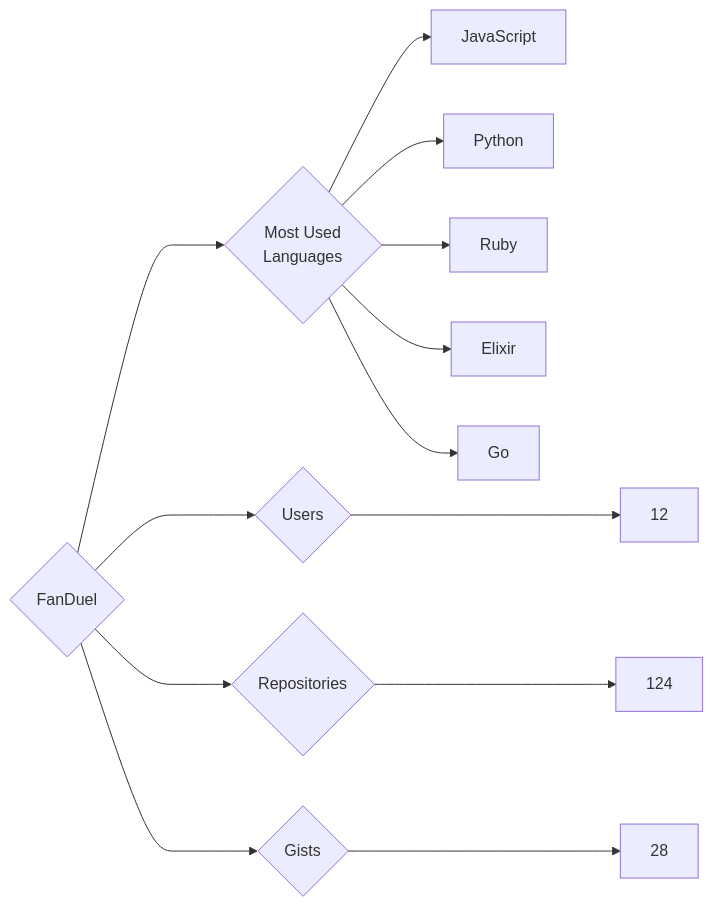
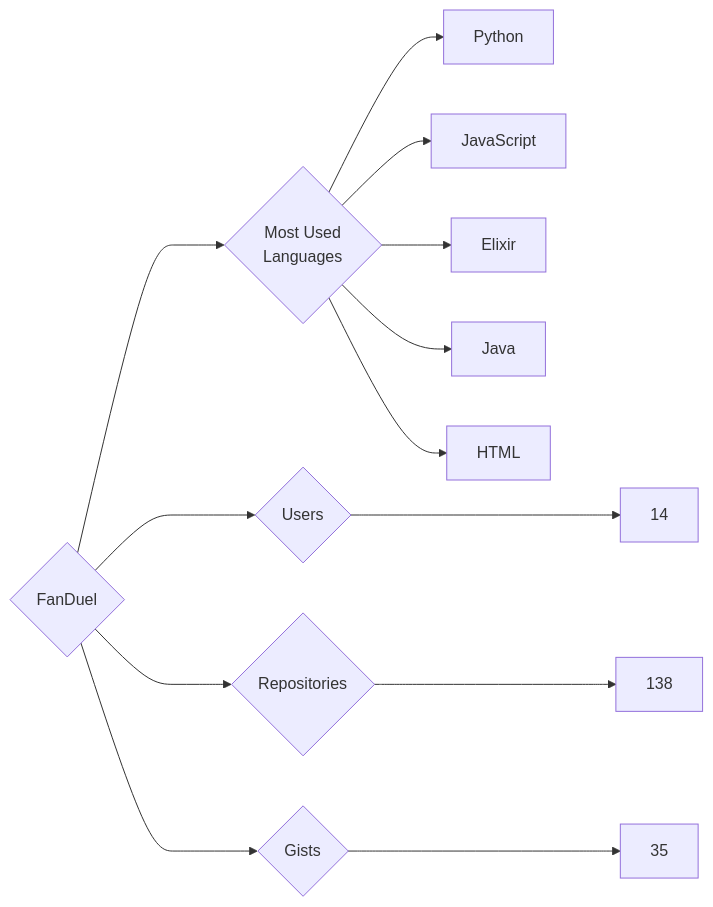
One commit to trickest/insiders changed the diagram in targets/FanDuel/README.md. Above: the diagram before and after it, drawn with Mermaid. The commit also changed 1030 other files, not shown here.

````diff
--- a/targets/FanDuel/README.md
+++ b/targets/FanDuel/README.md
@@ -3,13 +3,13 @@
 ```mermaid
 graph LR
 COMPANY_NAME{FanDuel}
-COMPANY_NAME ---> U{Users} ---> UN[12]
-COMPANY_NAME ---> R{Repositories} ---> RN[124]
-COMPANY_NAME ---> G{Gists} ---> GN[28]
+COMPANY_NAME ---> U{Users} ---> UN[14]
+COMPANY_NAME ---> R{Repositories} ---> RN[138]
+COMPANY_NAME ---> G{Gists} ---> GN[35]
 COMPANY_NAME ---> ML{Most Used<br>Languages}
+ML --> Python[Python]
 ML --> JavaScript[JavaScript]
-ML --> Python[Python]
-ML --> Ruby[Ruby]
 ML --> Elixir[Elixir]
-ML --> Go[Go]
+ML --> Java[Java]
+ML --> HTML[HTML]
 ```
````
